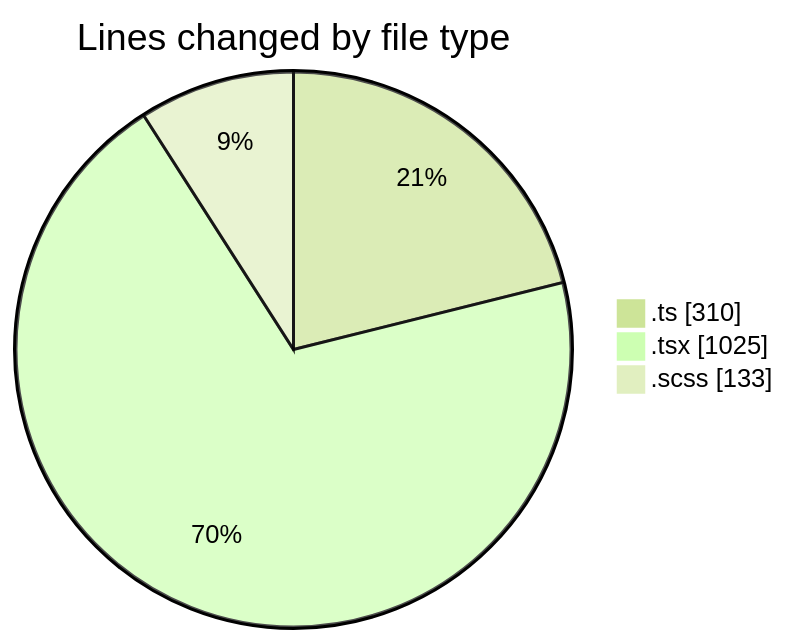
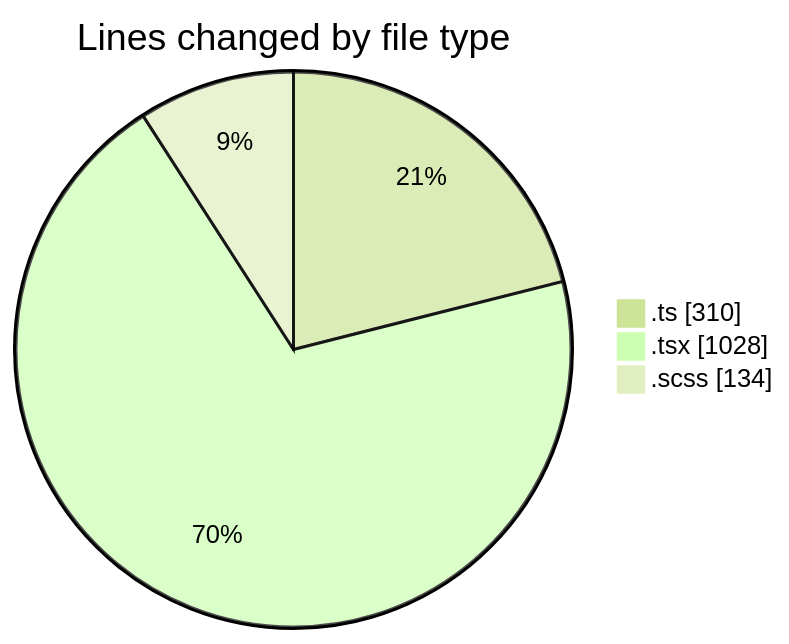
The first of 2 diagrams in 2026-09-09/cda/README.md (momahboobian/code-tracking), drawn with Mermaid (forest theme) before and after one commit. The commit also changed other lines of this file and 1 other file, not shown here.

````diff
--- a/2026-09-09/cda/README.md
+++ b/2026-09-09/cda/README.md
@@ -33,7 +33,7 @@
 ```mermaid
 pie showData
 title Lines changed by file type
 ".ts" : 310
-".tsx" : 1025
-".scss" : 133
+".tsx" : 1028
+".scss" : 134
 ```
````
